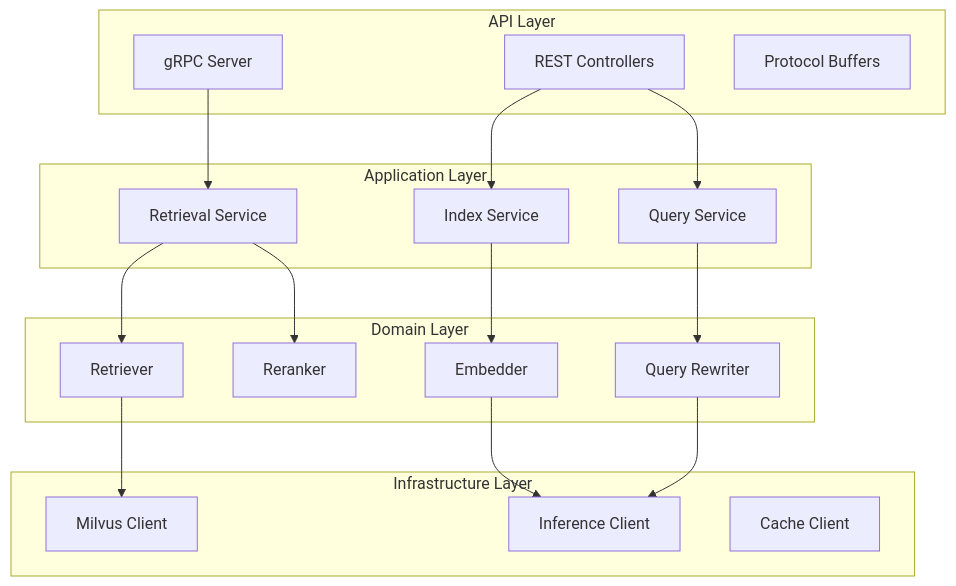
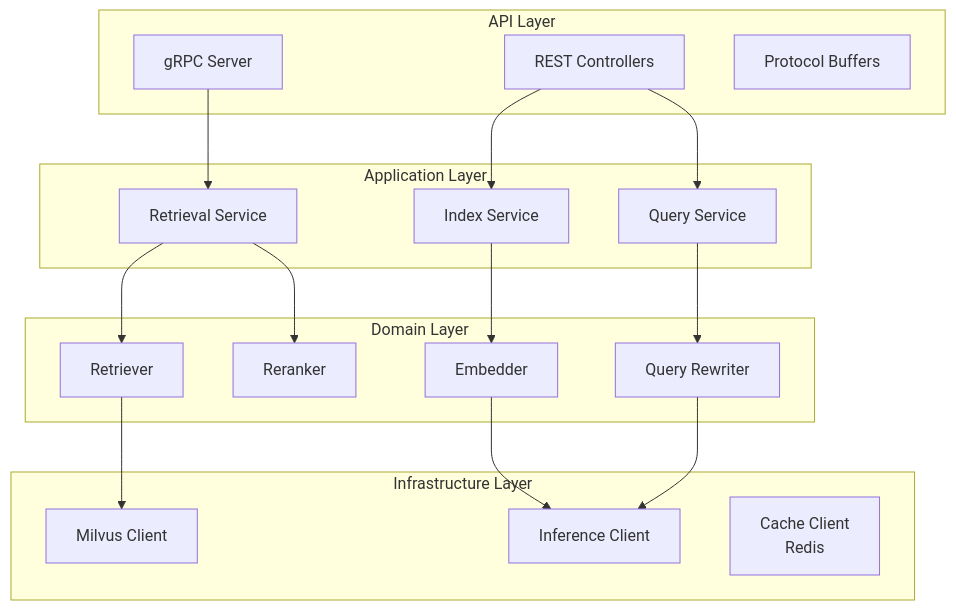
The third of 25 diagrams in 开发计划/服务设计/04-rag-service-design.md (hanwei808/ai-product-production-guide), drawn with Mermaid before and after one commit. The commit also changed other lines of this file and 3 other files, not shown here.

````diff
--- a/开发计划/服务设计/04-rag-service-design.md
+++ b/开发计划/服务设计/04-rag-service-design.md
@@ -105,40 +105,40 @@
 ```mermaid
 graph TB
     subgraph API Layer
         gRPC[gRPC Server]
         REST[REST Controllers]
         Proto[Protocol Buffers]
     end
 
     subgraph Application Layer
         RetrievalService[Retrieval Service]
         IndexService[Index Service]
         QueryService[Query Service]
     end
 
     subgraph Domain Layer
         Retriever[Retriever]
         Reranker[Reranker]
         QueryRewriter[Query Rewriter]
         Embedder[Embedder]
     end
 
     subgraph Infrastructure Layer
         MilvusClient[Milvus Client]
         InferenceClient[Inference Client]
-        CacheClient[Cache Client]
+        CacheClient[Cache Client<br/>Redis]
     end
 
     gRPC --> RetrievalService
     REST --> IndexService
     REST --> QueryService
 
     RetrievalService --> Retriever
     RetrievalService --> Reranker
     QueryService --> QueryRewriter
     IndexService --> Embedder
 
     Retriever --> MilvusClient
     Embedder --> InferenceClient
     QueryRewriter --> InferenceClient
 ```
````
